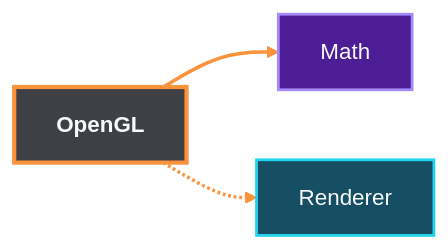
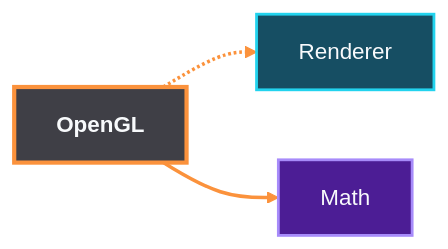
One commit to chetjones003/GoSurvey changed diagram 19 of 42 in docs/architecture/system-dependencies.md. Above: the diagram before and after it, drawn with Mermaid (neutral theme). The commit also changed other lines of this file and 3 other files, not shown here.

First line of the commit message:
tools: structure diagram generator and check it in CI

````diff
--- a/docs/architecture/system-dependencies.md
+++ b/docs/architecture/system-dependencies.md
@@ -478,13 +480,13 @@
 ```mermaid
 flowchart LR
   pgl__src["<b>OpenGL</b>"]
+  pgl__renderer["Renderer"]
   pgl__math["Math"]
-  pgl__renderer["Renderer"]
+  pgl__src -.-> pgl__renderer
   pgl__src --> pgl__math
-  pgl__src -.-> pgl__renderer
   style pgl__src fill:#3f3f46,stroke:#fb923c,stroke-width:3px,color:#f8fafc
+  style pgl__renderer fill:#164e63,stroke:#22d3ee,stroke-width:2px,color:#f8fafc
   style pgl__math fill:#4c1d95,stroke:#a78bfa,stroke-width:2px,color:#f8fafc
-  style pgl__renderer fill:#164e63,stroke:#22d3ee,stroke-width:2px,color:#f8fafc
   linkStyle 0 stroke:#fb923c,stroke-width:2.5px
   linkStyle 1 stroke:#fb923c,stroke-width:2.5px
 ```
````
